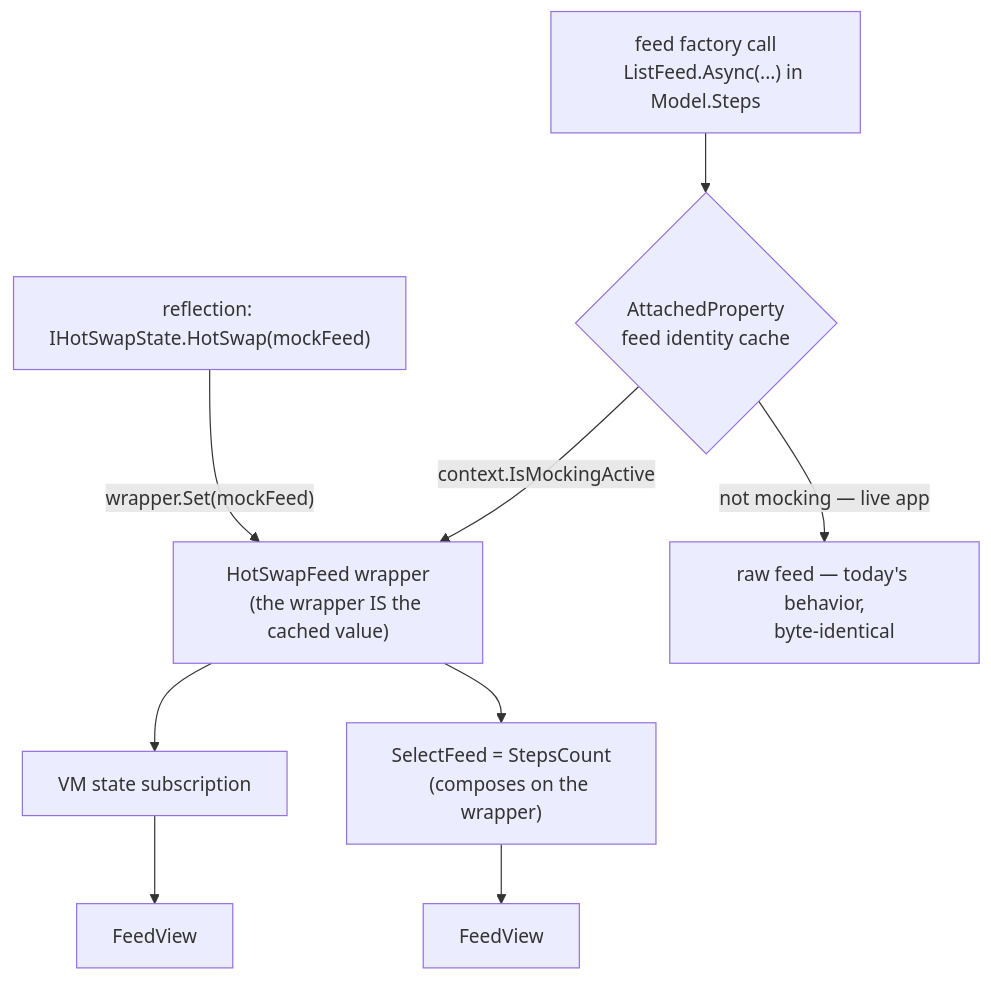
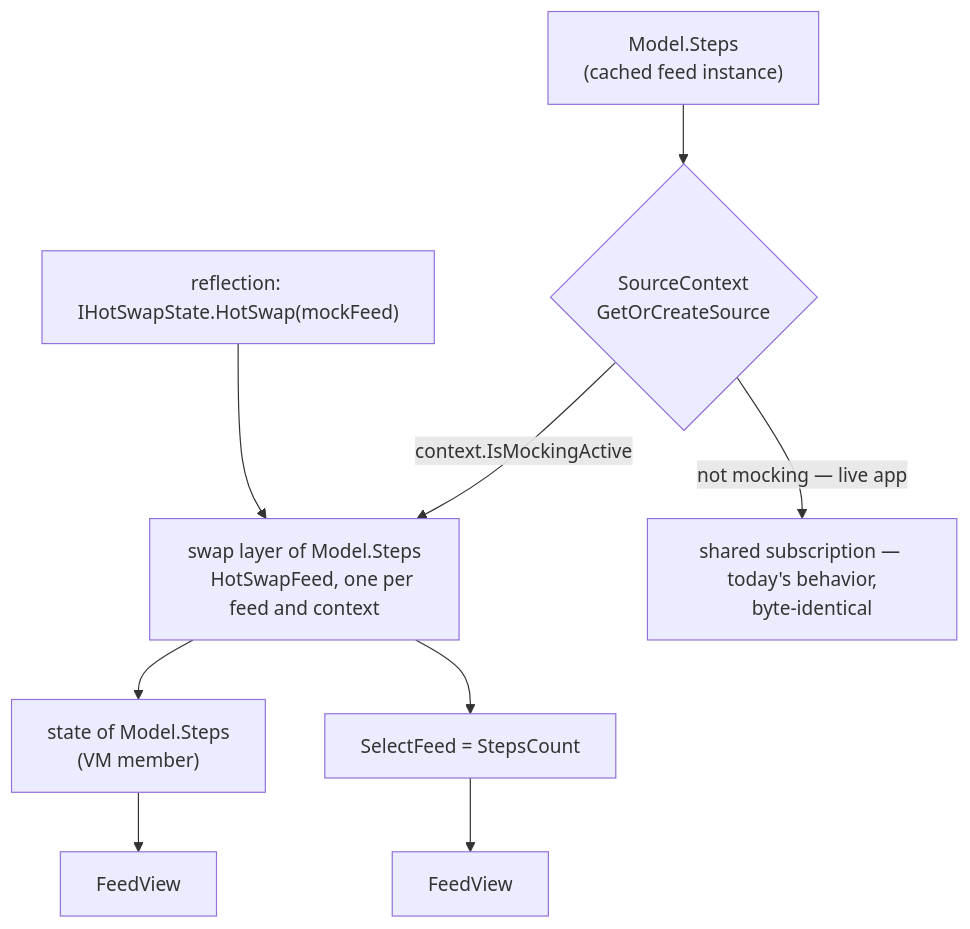
The first of 2 diagrams in specs/013-mvux-mocking-previews/architecture.md (unoplatform/uno.extensions), drawn with Mermaid before and after one commit. The commit also changed other lines of this file and 3 other files, not shown here.

First line of the commit message:
docs(specs): describe the per-feed swap layer that lets derived feeds observe mocks

````diff
--- a/specs/013-mvux-mocking-previews/architecture.md
+++ b/specs/013-mvux-mocking-previews/architecture.md
@@ -30,16 +35,16 @@
 ```mermaid
 flowchart TB
-    F["feed factory call
-    ListFeed.Async(...) in Model.Steps"] --> C{"AttachedProperty
-    feed identity cache"}
-    C -->|context.IsMockingActive| W["HotSwapFeed wrapper
-    (the wrapper IS the cached value)"]
-    C -->|not mocking — live app| RAW["raw feed — today's behavior,
+    F["Model.Steps
+    (cached feed instance)"] --> S{"SourceContext
+    GetOrCreateSource"}
+    S -->|context.IsMockingActive| L["swap layer of Model.Steps
+    HotSwapFeed, one per feed and context"]
+    S -->|not mocking — live app| RAW["shared subscription — today's behavior,
     byte-identical"]
-    W --> VMS["VM state subscription"]
-    W --> SEL["SelectFeed = StepsCount
-    (composes on the wrapper)"]
-    SWAP["reflection: IHotSwapState.HotSwap(mockFeed)"] -->|"wrapper.Set(mockFeed)"| W
+    L --> VMS["state of Model.Steps
+    (VM member)"]
+    L --> SEL["SelectFeed = StepsCount"]
+    SWAP["reflection: IHotSwapState.HotSwap(mockFeed)"] --> L
     SEL --> UI2["FeedView"]
     VMS --> UI1["FeedView"]
 ```
````
